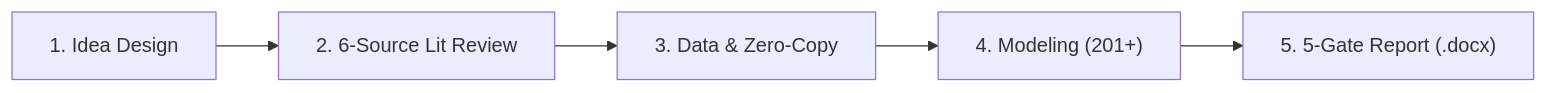
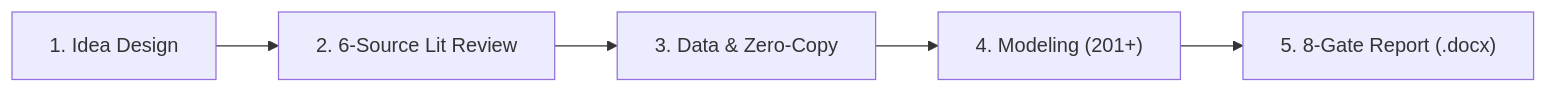
Before and after one commit to vietlod/docs: the diagram in i18n/en/docusaurus-plugin-content-docs/current/ecolab/overview.md, drawn with Mermaid. The commit also changed other lines of this file and 6 other files, not shown here.

````diff
--- a/i18n/en/docusaurus-plugin-content-docs/current/ecolab/overview.md
+++ b/i18n/en/docusaurus-plugin-content-docs/current/ecolab/overview.md
@@ -43,7 +45,7 @@
 ```mermaid
 flowchart LR
     A["1. Idea Design"] --> B["2. 6-Source Lit Review"]
     B --> C["3. Data & Zero-Copy"]
     C --> D["4. Modeling (201+)"]
-    D --> E["5. 5-Gate Report (.docx)"]
+    D --> E["5. 8-Gate Report (.docx)"]
 ```
````
